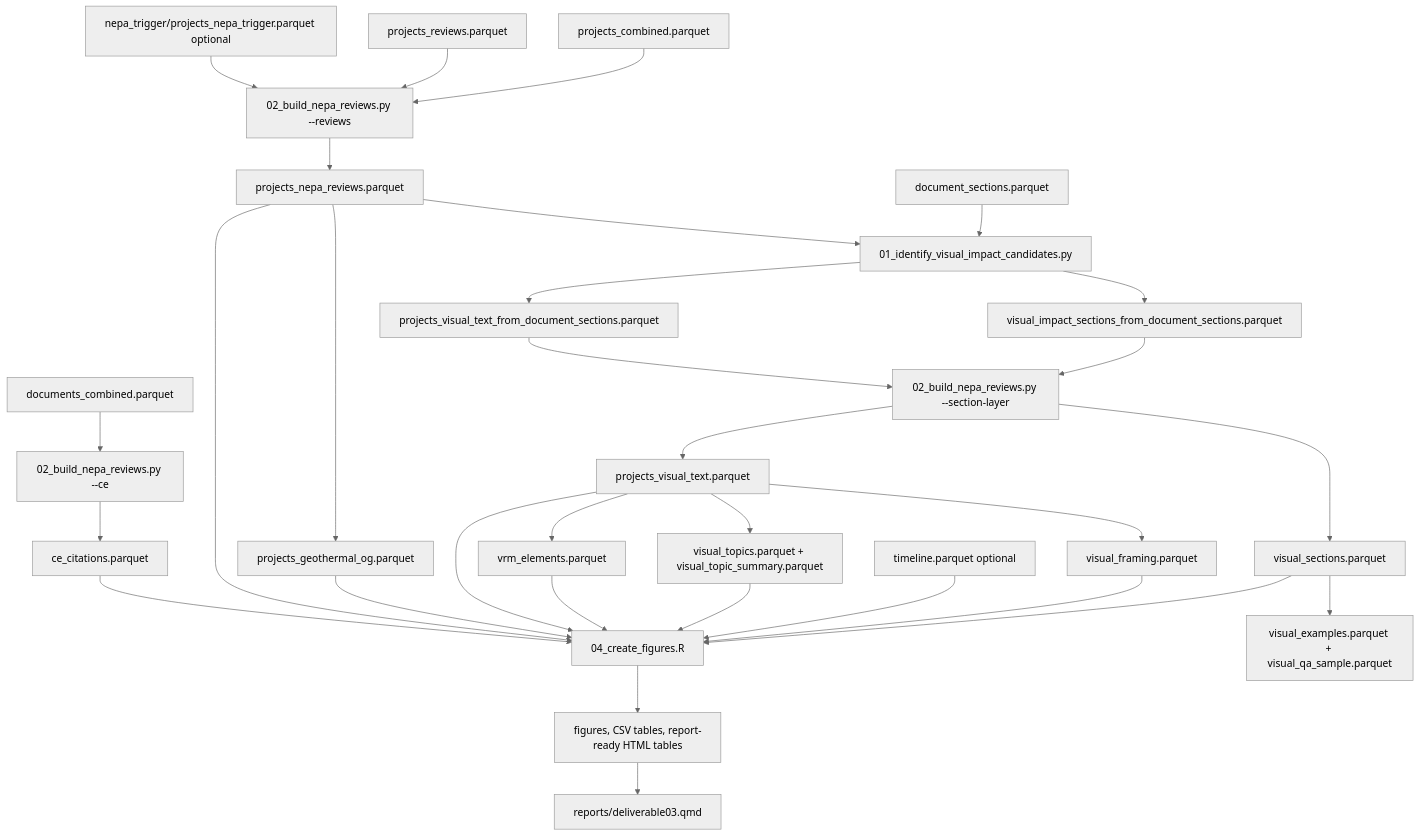
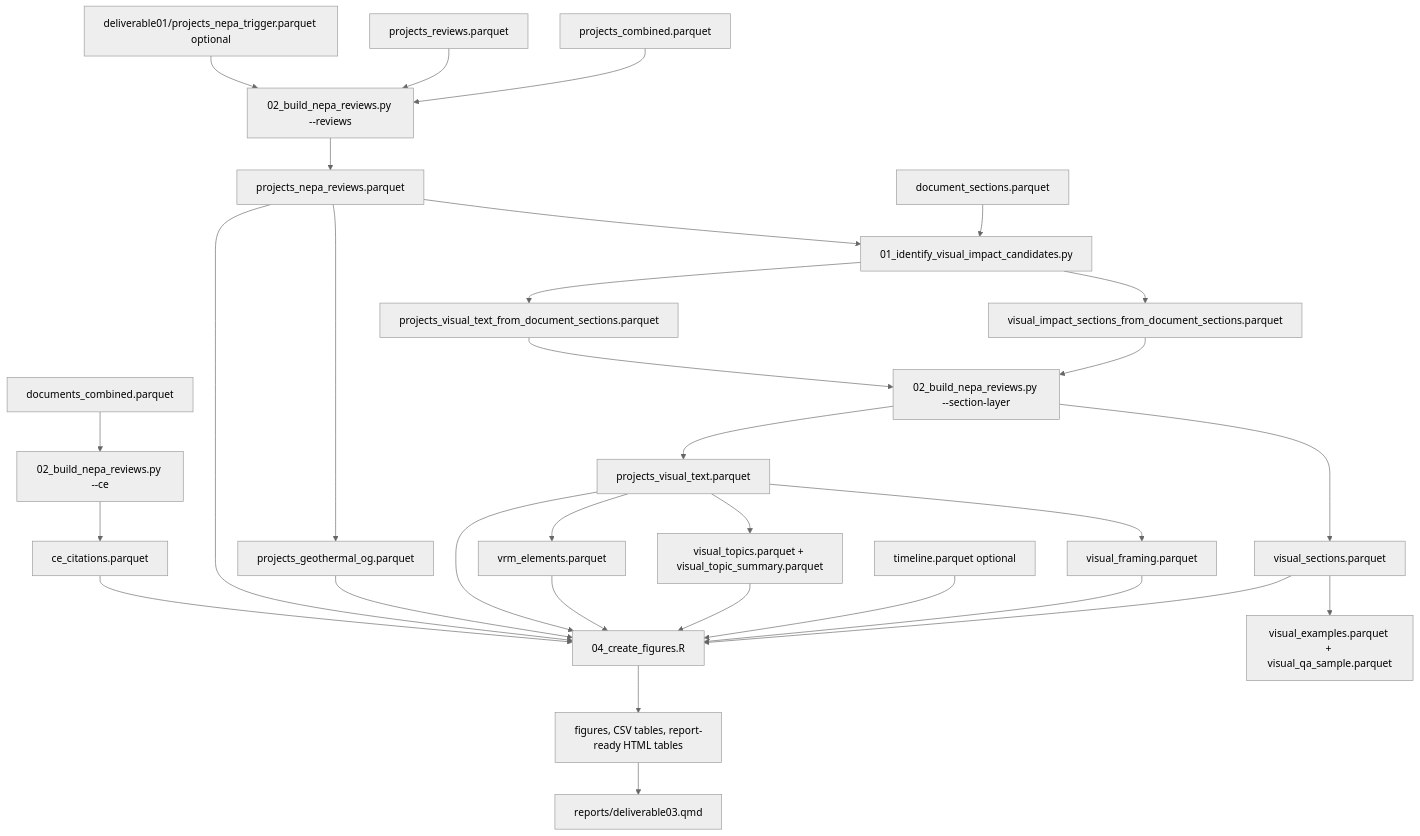
One commit to kaseyzapatka/nepa changed the diagram in phase2/architecture/deliverables/deliverable03.md. Above: the diagram before and after it, drawn with Mermaid (neutral theme). The commit also changed other lines of this file and 3 other files, not shown here.

Commit message:
[infra] document API register sources, fix stale paths in D3-D5 architecture

````diff
--- a/phase2/architecture/deliverables/deliverable03.md
+++ b/phase2/architecture/deliverables/deliverable03.md
@@ -11,36 +11,36 @@
 ```mermaid
 flowchart TD
     A[projects_combined.parquet] --> B[02_build_nepa_reviews.py --reviews]
     C[projects_reviews.parquet] --> B
-    D[nepa_trigger/projects_nepa_trigger.parquet optional] --> B
+    D[deliverable01/projects_nepa_trigger.parquet optional] --> B
     B --> E[projects_nepa_reviews.parquet]
 
     F[documents_combined.parquet] --> G[02_build_nepa_reviews.py --ce]
     G --> H[ce_citations.parquet]
 
     I[document_sections.parquet] --> J[01_identify_visual_impact_candidates.py]
     E --> J
     J --> K[visual_impact_sections_from_document_sections.parquet]
     J --> L[projects_visual_text_from_document_sections.parquet]
     K --> M[02_build_nepa_reviews.py --section-layer]
     L --> M
     M --> N[visual_sections.parquet]
     M --> O[projects_visual_text.parquet]
     O --> P[visual_framing.parquet]
     O --> Q[visual_topics.parquet + visual_topic_summary.parquet]
     O --> R[vrm_elements.parquet]
     N --> S[visual_examples.parquet + visual_qa_sample.parquet]
 
     E --> T[projects_geothermal_og.parquet]
     E --> U[04_create_figures.R]
     H --> U
     N --> U
     O --> U
     P --> U
     Q --> U
     R --> U
     T --> U
     V[timeline.parquet optional] --> U
     U --> W[figures, CSV tables, report-ready HTML tables]
     W --> X[reports/deliverable03.qmd]
 ```
````
